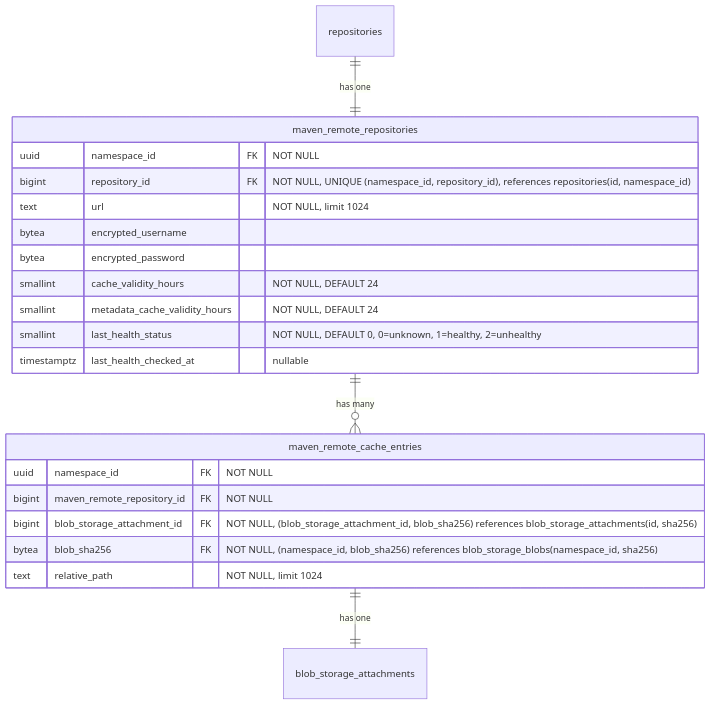
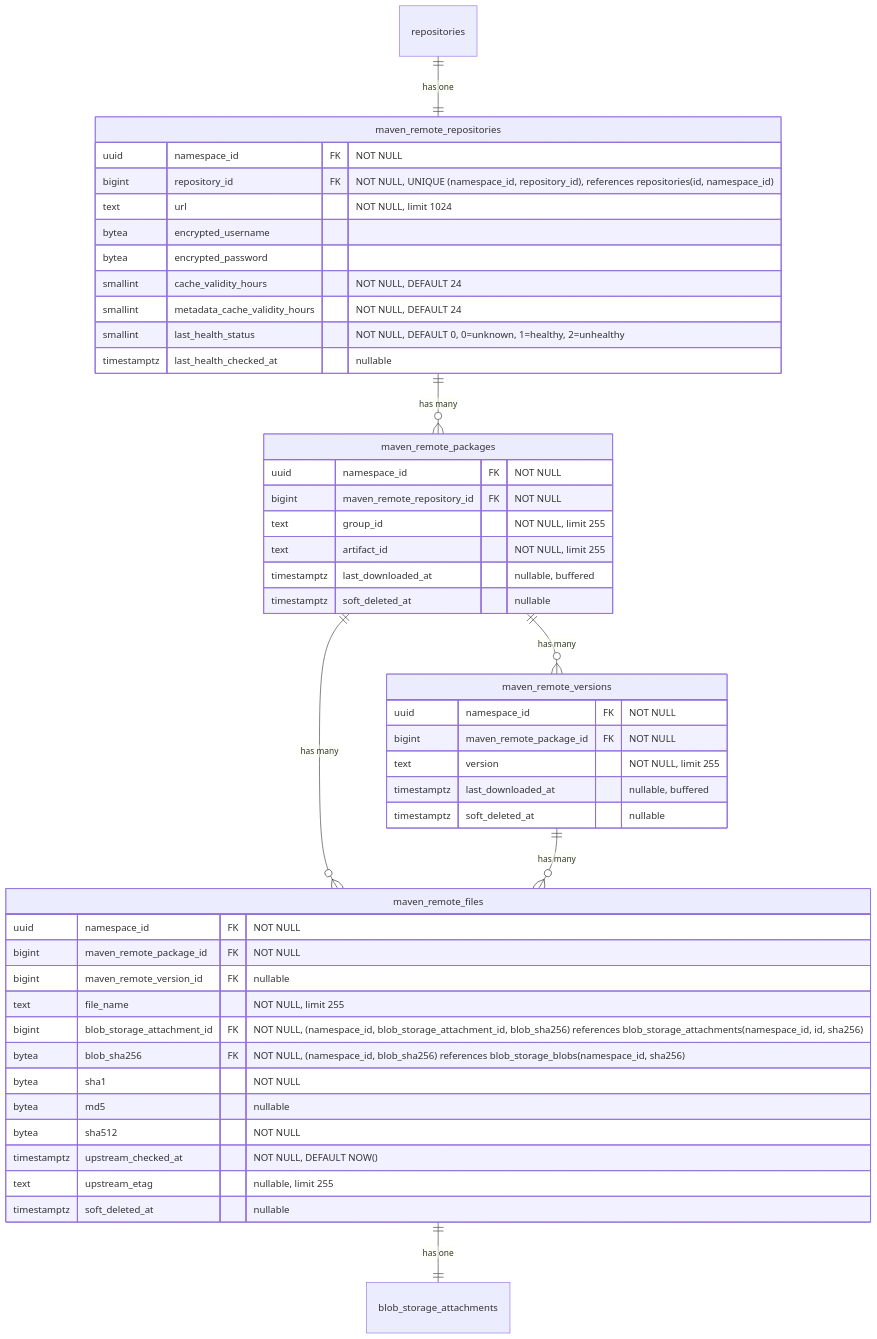
Diagram 11 of 19 in content/handbook/engineering/architecture/design-documents/artifact_registry/decisions/007_database_schema.md (kyama0/gitlab-handbook-ja), drawn with Mermaid before and after one commit. The commit also changed other lines of this file and 1 other file, not shown here.

First line of the commit message:
translation: batch 2026-05-18-1 part 2 (ADR-007 database schema)

````diff
--- a/content/handbook/engineering/architecture/design-documents/artifact_registry/decisions/007_database_schema.md
+++ b/content/handbook/engineering/architecture/design-documents/artifact_registry/decisions/007_database_schema.md
@@ -725,26 +779,53 @@
 ```mermaid
 erDiagram
     repositories ||--|| maven_remote_repositories : "has one"
-    maven_remote_repositories ||--o{ maven_remote_cache_entries : "has many"
-    maven_remote_cache_entries ||--|| blob_storage_attachments : "has one"
+    maven_remote_repositories ||--o{ maven_remote_packages : "has many"
+    maven_remote_packages ||--o{ maven_remote_versions : "has many"
+    maven_remote_packages ||--o{ maven_remote_files : "has many"
+    maven_remote_versions ||--o{ maven_remote_files : "has many"
+    maven_remote_files ||--|| blob_storage_attachments : "has one"
 
     maven_remote_repositories {
         uuid namespace_id FK "NOT NULL"
         bigint repository_id FK "NOT NULL, UNIQUE (namespace_id, repository_id), references repositories(id, namespace_id)"
         text url "NOT NULL, limit 1024"
         bytea encrypted_username
         bytea encrypted_password
         smallint cache_validity_hours "NOT NULL, DEFAULT 24"
         smallint metadata_cache_validity_hours "NOT NULL, DEFAULT 24"
         smallint last_health_status "NOT NULL, DEFAULT 0, 0=unknown, 1=healthy, 2=unhealthy"
         timestamptz last_health_checked_at "nullable"
     }
 
-    maven_remote_cache_entries {
+    maven_remote_packages {
         uuid namespace_id FK "NOT NULL"
         bigint maven_remote_repository_id FK "NOT NULL"
-        bigint blob_storage_attachment_id FK "NOT NULL, (blob_storage_attachment_id, blob_sha256) references blob_storage_attachments(id, sha256)"
+        text group_id "NOT NULL, limit 255"
+        text artifact_id "NOT NULL, limit 255"
+        timestamptz last_downloaded_at "nullable, buffered"
+        timestamptz soft_deleted_at "nullable"
+    }
+
+    maven_remote_versions {
+        uuid namespace_id FK "NOT NULL"
+        bigint maven_remote_package_id FK "NOT NULL"
+        text version "NOT NULL, limit 255"
+        timestamptz last_downloaded_at "nullable, buffered"
+        timestamptz soft_deleted_at "nullable"
+    }
+
+    maven_remote_files {
+        uuid namespace_id FK "NOT NULL"
+        bigint maven_remote_package_id FK "NOT NULL"
+        bigint maven_remote_version_id FK "nullable"
+        text file_name "NOT NULL, limit 255"
+        bigint blob_storage_attachment_id FK "NOT NULL, (namespace_id, blob_storage_attachment_id, blob_sha256) references blob_storage_attachments(namespace_id, id, sha256)"
         bytea blob_sha256 FK "NOT NULL, (namespace_id, blob_sha256) references blob_storage_blobs(namespace_id, sha256)"
-        text relative_path "NOT NULL, limit 1024"
+        bytea sha1 "NOT NULL"
+        bytea md5 "nullable"
+        bytea sha512 "NOT NULL"
+        timestamptz upstream_checked_at "NOT NULL, DEFAULT NOW()"
+        text upstream_etag "nullable, limit 255"
+        timestamptz soft_deleted_at "nullable"
     }
 ```
````
